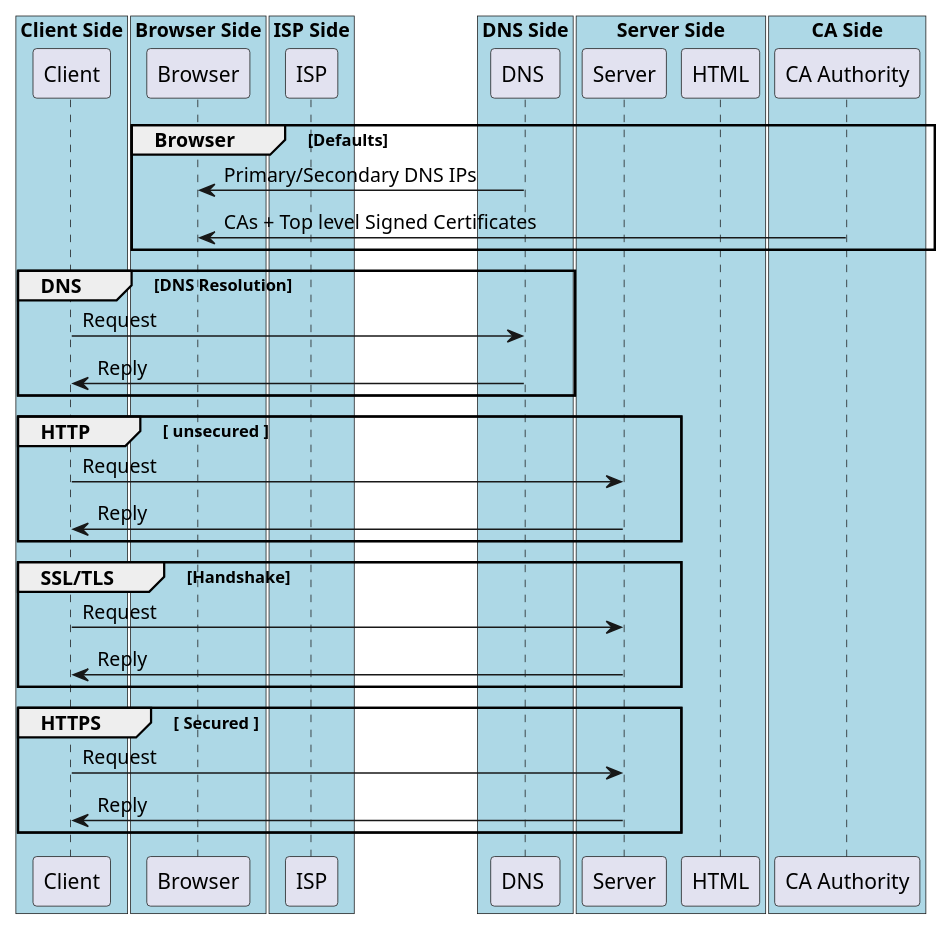
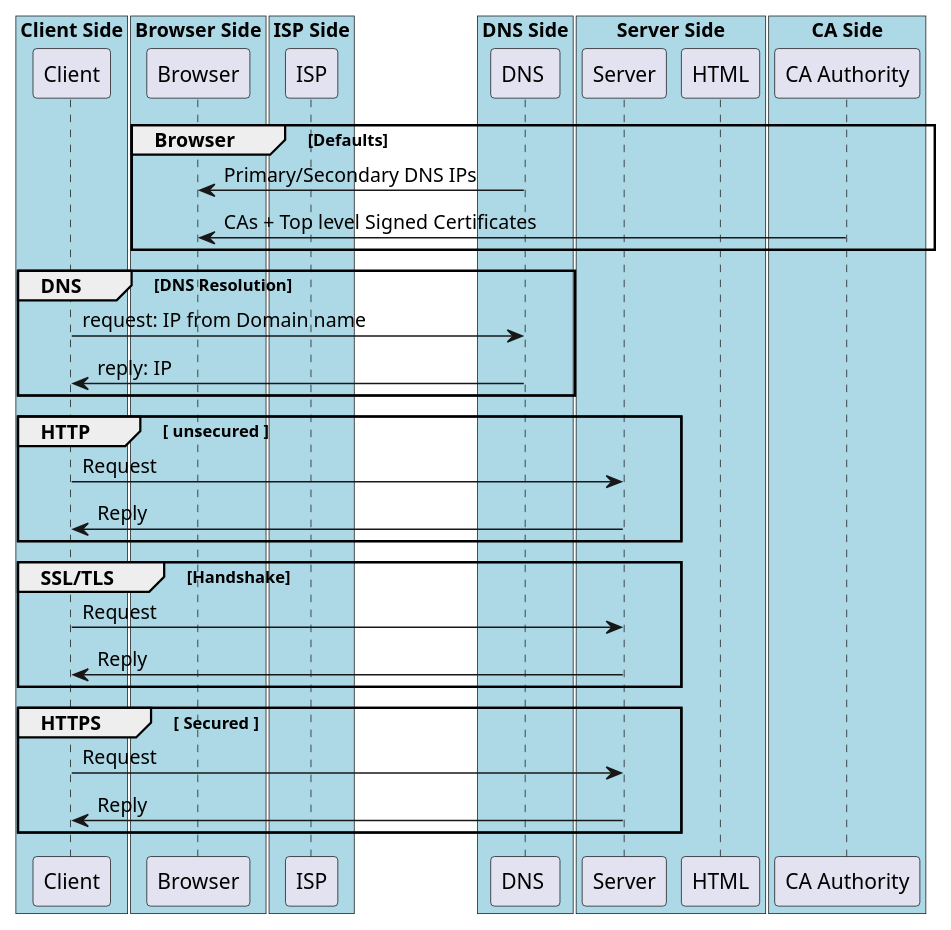
The diagram in cheatsheets/plantUML/ssl.pu (questsin/cheats), drawn with PlantUML before and after one commit. The commit also changed 4 other files, not shown here.

```diff
--- a/cheatsheets/plantUML/ssl.pu
+++ b/cheatsheets/plantUML/ssl.pu
@@ -1,67 +1,67 @@
 @startuml
 box "Client Side" #LightBlue
   participant Client as C
   'participant "Client\n Certificate" as C
   'participant "Client\n Certificate: Public-key" as C
 end box
 
 box "Browser Side" #LightBlue
   participant Browser as B
   participant "Browser\n Certificate" as B
   participant "Browser\n Certificate: Public-key" as B
 end box
 
 box "ISP Side" #LightBlue
   participant ISP as ISP
 end box
 
 
 box "DNS Side" #LightBlue
   participant "DNS " as DNS
 end box
 
 box "Server Side" #LightBlue
   participant Server as S
   participant "Server\n Certificate" as S
   participant "Server\n Certificate: Public-key" as S
   participant HTML as HTML
 end box
 
 box "CA Side" #LightBlue
   participant "CA Authority" as CA
   participant "CA Authority\n Certificate" as CA
   participant "CA Authority\n Certificate: Public-key" as CA
   participant "CA Authority\n Certificate: Private-key" as CA
 end box
 
 group Browser [Defaults]
     B <- DNS: Primary/Secondary DNS IPs
     B <- CA: CAs + Top level Signed Certificates
 end
 
 group DNS [DNS Resolution]
-    C-> DNS: Request
-    DNS-> C: Reply
+    C-> DNS : request: IP from Domain name 
+    DNS-> C : reply: IP
 end
 
 group HTTP [ unsecured ]
     C-> S: Request
     S-> C: Reply
 end
 
 group SSL/TLS [Handshake]
     'public/private key
     'ca
     'protocol and version
     'alogorithm
     'hash
     'hmac
     C-> S: Request
     S-> C: Reply
 end
 
 group HTTPS [ Secured ]
     C-> S: Request
     S-> C: Reply
 end
 @enduml
```
